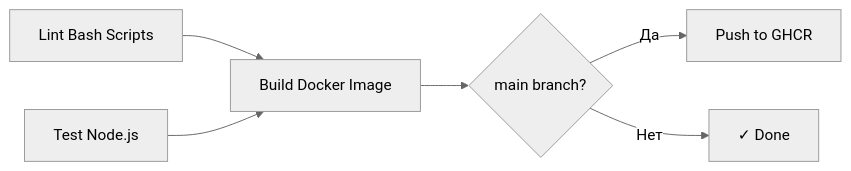
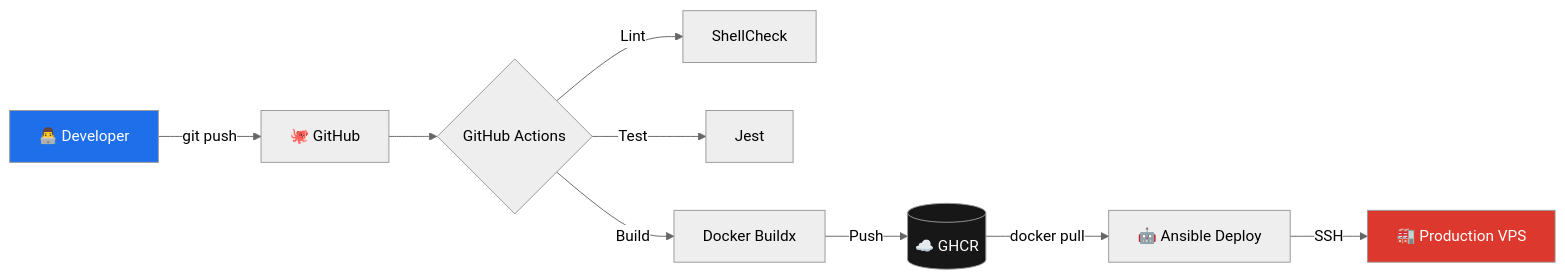
Before and after one commit to Tohnoky/node-portfolio: the diagram in README.md, drawn with Mermaid (neutral theme). The commit also changed other lines of this file, not shown here.

````diff
--- a/README.md
+++ b/README.md
@@ -195,8 +100,15 @@
 ```mermaid
-graph LR
-    A[Lint Bash Scripts] --> C[Build Docker Image]
-    B[Test Node.js] --> C
-    C --> D{main branch?}
-    D -->|Да| E[Push to GHCR]
-    D -->|Нет| F[✓ Done]
+flowchart LR
+    A[👨‍💻 Developer] -->|git push| B[🐙 GitHub]
+    B --> C{GitHub Actions}
+    C -->|Lint| D[ShellCheck]
+    C -->|Test| E[Jest]
+    C -->|Build| F[Docker Buildx]
+    F -->|Push| G[(☁️ GHCR)]
+    G -->|docker pull| H[🤖 Ansible Deploy]
+    H -->|SSH| I[🏭 Production VPS]
+    
+    style A fill:#1f6feb,color:#fff
+    style G fill:#181717,color:#fff
+    style I fill:#dc382d,color:#fff
 ```
````
